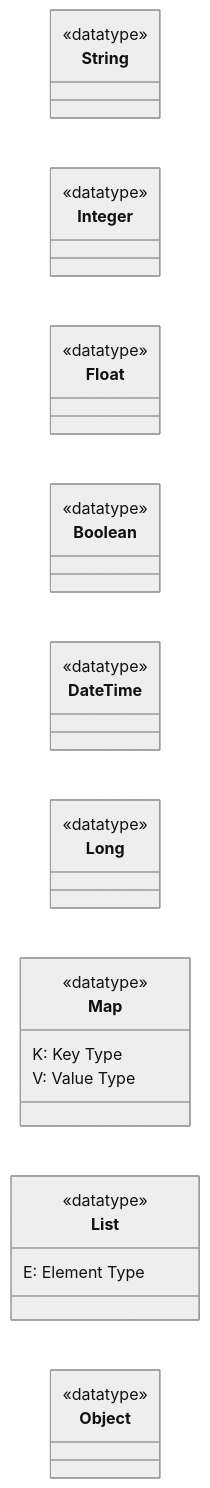
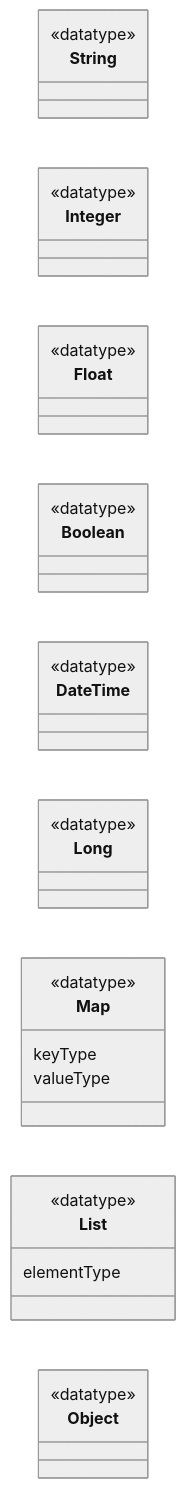
Before and after one commit to NotHyoone/OSS_Design: the first of 20 diagrams in docs/project/[Design]22212046_안효원.md, drawn with Mermaid (neutral theme). The commit also changed other lines of this file and 4 other files, not shown here.

Commit message:
docs: sync project diagrams with implementation

````diff
--- a/docs/project/[Design]22212046_안효원.md
+++ b/docs/project/[Design]22212046_안효원.md
@@ -106,43 +108,43 @@
 ```mermaid
 classDiagram
     direction LR
     
     class String {
         <<datatype>>
     }
     
     class Integer {
         <<datatype>>
     }
     
     class Float {
         <<datatype>>
     }
     
     class Boolean {
         <<datatype>>
     }
     
     class DateTime {
         <<datatype>>
     }
     
     class Long {
         <<datatype>>
     }
     
     class Map {
         <<datatype>>
-        K: Key Type
-        V: Value Type
+        keyType
+        valueType
     }
     
     class List {
         <<datatype>>
-        E: Element Type
+        elementType
     }
     
     class Object {
         <<datatype>>
     }
 ```
````
